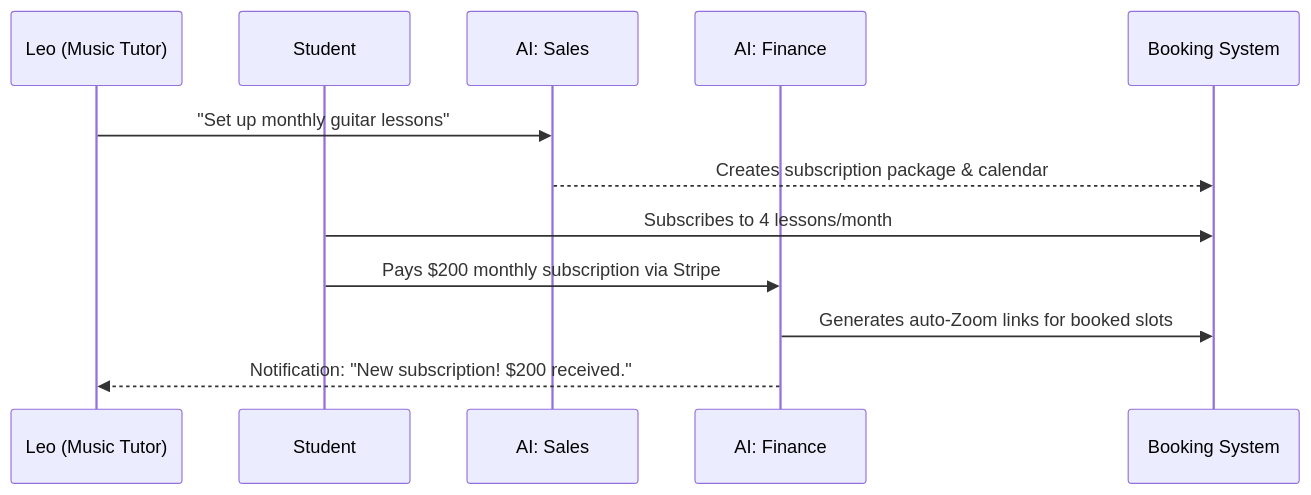
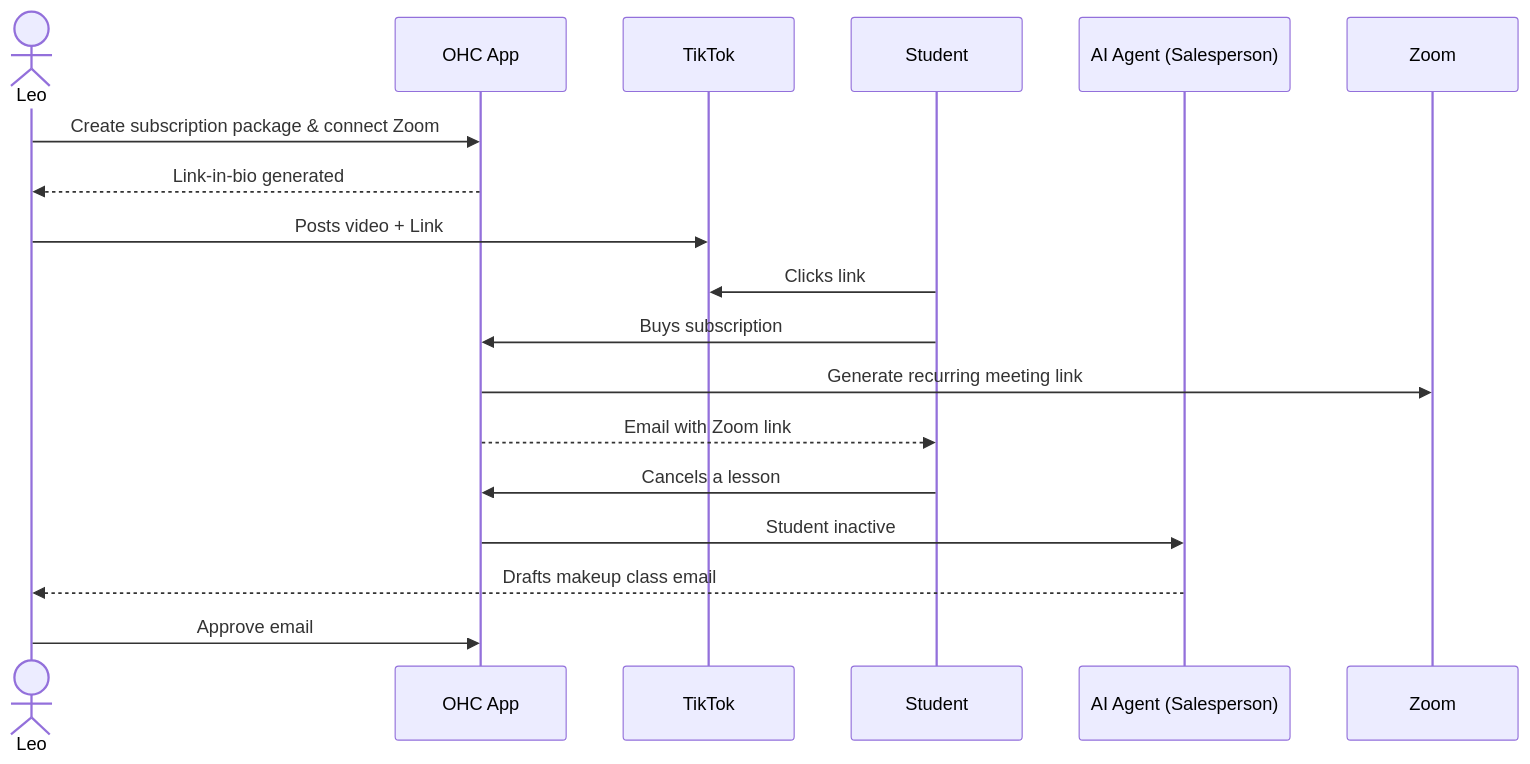
The fourth of 5 diagrams in docs/architecture/ohc_business_journey_architecture.md (omnisolo-llc/onehumancorp), drawn with Mermaid before and after one commit. The commit also changed other lines of this file, not shown here.

First line of the commit message:
🔨 Forge: Business Journey Architecture Design Doc (#14207)

````diff
--- a/docs/architecture/ohc_business_journey_architecture.md
+++ b/docs/architecture/ohc_business_journey_architecture.md
@@ -105,15 +125,21 @@
 ```mermaid
 sequenceDiagram
-    participant Leo as Leo (Music Tutor)
-    participant Student as Student
-    participant Sales as AI: Sales
-    participant Fin as AI: Finance
-    participant Cal as Booking System
+    actor Leo
+    participant OHC App
+    participant TikTok
+    participant Student
+    participant AI Agent (Salesperson)
+    participant Zoom
 
-    Leo->>Sales: "Set up monthly guitar lessons"
-    Sales-->>Cal: Creates subscription package & calendar
-    Student->>Cal: Subscribes to 4 lessons/month
-    Student->>Fin: Pays $200 monthly subscription via Stripe
-    Fin->>Cal: Generates auto-Zoom links for booked slots
-    Fin-->>Leo: Notification: "New subscription! $200 received."
+    Leo->>OHC App: Create subscription package & connect Zoom
+    OHC App-->>Leo: Link-in-bio generated
+    Leo->>TikTok: Posts video + Link
+    Student->>TikTok: Clicks link
+    Student->>OHC App: Buys subscription
+    OHC App->>Zoom: Generate recurring meeting link
+    OHC App-->>Student: Email with Zoom link
+    Student->>OHC App: Cancels a lesson
+    OHC App->>AI Agent (Salesperson): Student inactive
+    AI Agent (Salesperson)-->>Leo: Drafts makeup class email
+    Leo->>OHC App: Approve email
 ```
````
